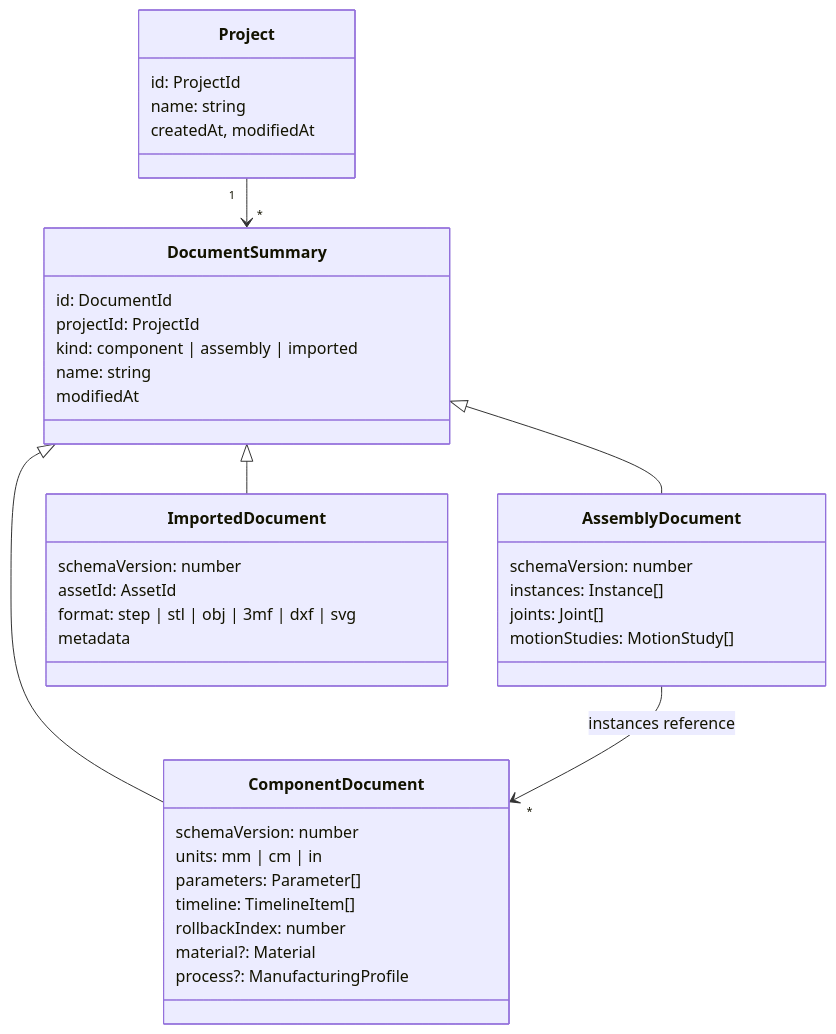
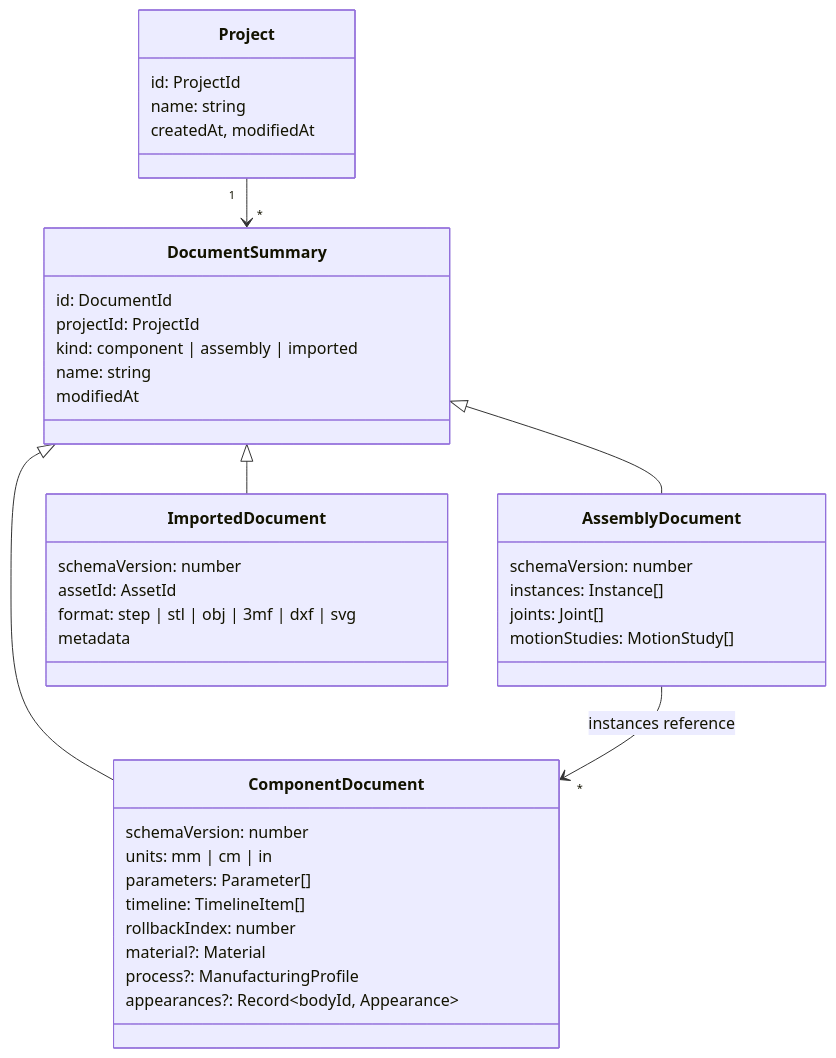
One commit to h3ll5ur7er/CADence changed the diagram in docs/Architecture/Document-model.md. Above: the diagram before and after it, drawn with Mermaid. The commit also changed other lines of this file and 95 other files, not shown here.

Commit message:
CAD-34, CAD-35, CAD-36: zoom to fit, orthographic and section views; body and instance appearance; vertex picks and measuring; one keymap with control schemes and a shortcut reference

````diff
--- a/docs/Architecture/Document-model.md
+++ b/docs/Architecture/Document-model.md
@@ -9,41 +9,42 @@
 ```mermaid
 classDiagram
   class Project {
     id: ProjectId
     name: string
     createdAt, modifiedAt
   }
   class DocumentSummary {
     id: DocumentId
     projectId: ProjectId
     kind: component | assembly | imported
     name: string
     modifiedAt
   }
   class ComponentDocument {
     schemaVersion: number
     units: mm | cm | in
     parameters: Parameter[]
     timeline: TimelineItem[]
     rollbackIndex: number
     material?: Material
     process?: ManufacturingProfile
+    appearances?: Record~bodyId, Appearance~
   }
   class AssemblyDocument {
     schemaVersion: number
     instances: Instance[]
     joints: Joint[]
     motionStudies: MotionStudy[]
   }
   class ImportedDocument {
     schemaVersion: number
     assetId: AssetId
     format: step | stl | obj | 3mf | dxf | svg
     metadata
   }
   Project "1" --> "*" DocumentSummary
   DocumentSummary <|-- ComponentDocument
   DocumentSummary <|-- AssemblyDocument
   DocumentSummary <|-- ImportedDocument
   AssemblyDocument --> "*" ComponentDocument : instances reference
 ```
````
